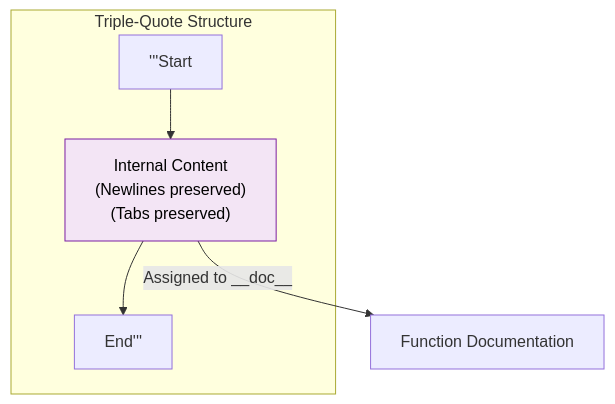
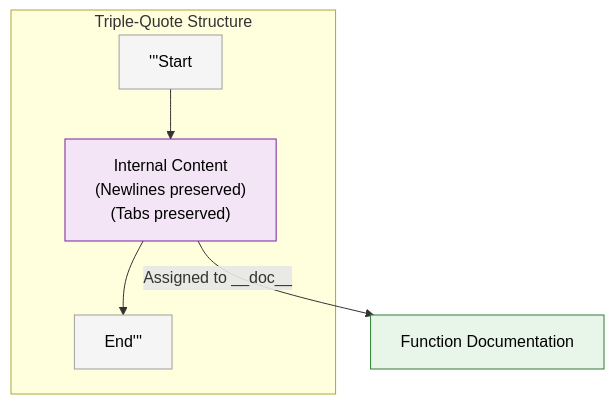
One commit to AyushSingh360/my-python-notebook changed the second of 2 diagrams in 03_Strings/README.md. Above: the diagram before and after it, drawn with Mermaid. The commit also changed other lines of this file and 2 other files, not shown here.

Commit message:
feat: Add detailed READMEs for Python Strings, Tuples, Data Types, and Operators.

````diff
--- a/03_Strings/README.md
+++ b/03_Strings/README.md
@@ -50,9 +52,12 @@
 ```mermaid
 graph TD
     subgraph "Triple-Quote Structure"
     TQ1["'''Start"] --> Content["Internal Content\n(Newlines preserved)\n(Tabs preserved)"]
     Content --> TQ2["End'''"]
     end
     Content -- "Assigned to __doc__" --> Doc["Function Documentation"]
+    style TQ1 fill:#f5f5f5,stroke:#9e9e9e,color:#000
+    style TQ2 fill:#f5f5f5,stroke:#9e9e9e,color:#000
     style Content fill:#f3e5f5,stroke:#7b1fa2,color:#000
+    style Doc fill:#e8f5e9,stroke:#2e7d32,color:#000
 ```
````
